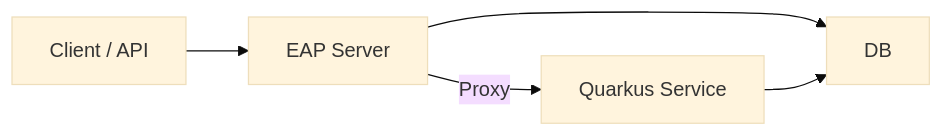
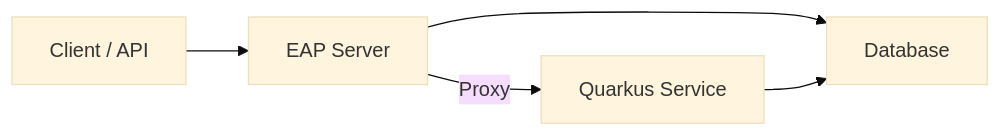
The diagram in migration.md (jasonvooo/kitchensink), drawn with Mermaid (base theme) before and after one commit. The commit also changed other lines of this file and 14 other files, not shown here.

````diff
--- a/migration.md
+++ b/migration.md
@@ -59,8 +68,8 @@
 ```mermaid
 graph LR
 ;
     A[Client / API] --> B[EAP Server]
     B[EAP Server] -->|Proxy| C[Quarkus Service]
-    B[EAP Server] --> D[DB]
-    C[Quarkus Service] --> D[DB]
+    B[EAP Server] --> D[Database]
+    C[Quarkus Service] --> D[Database]
 ```
````
